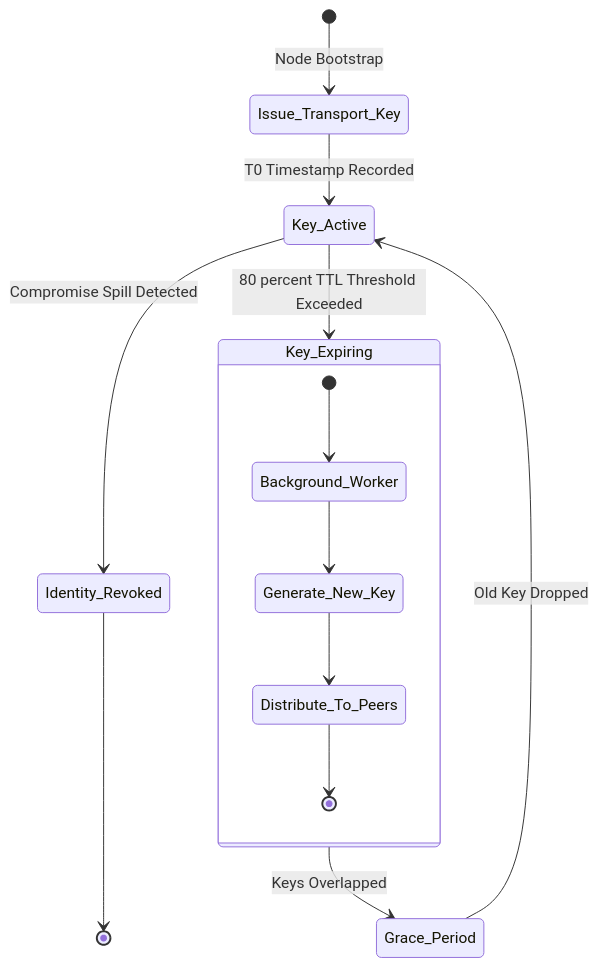
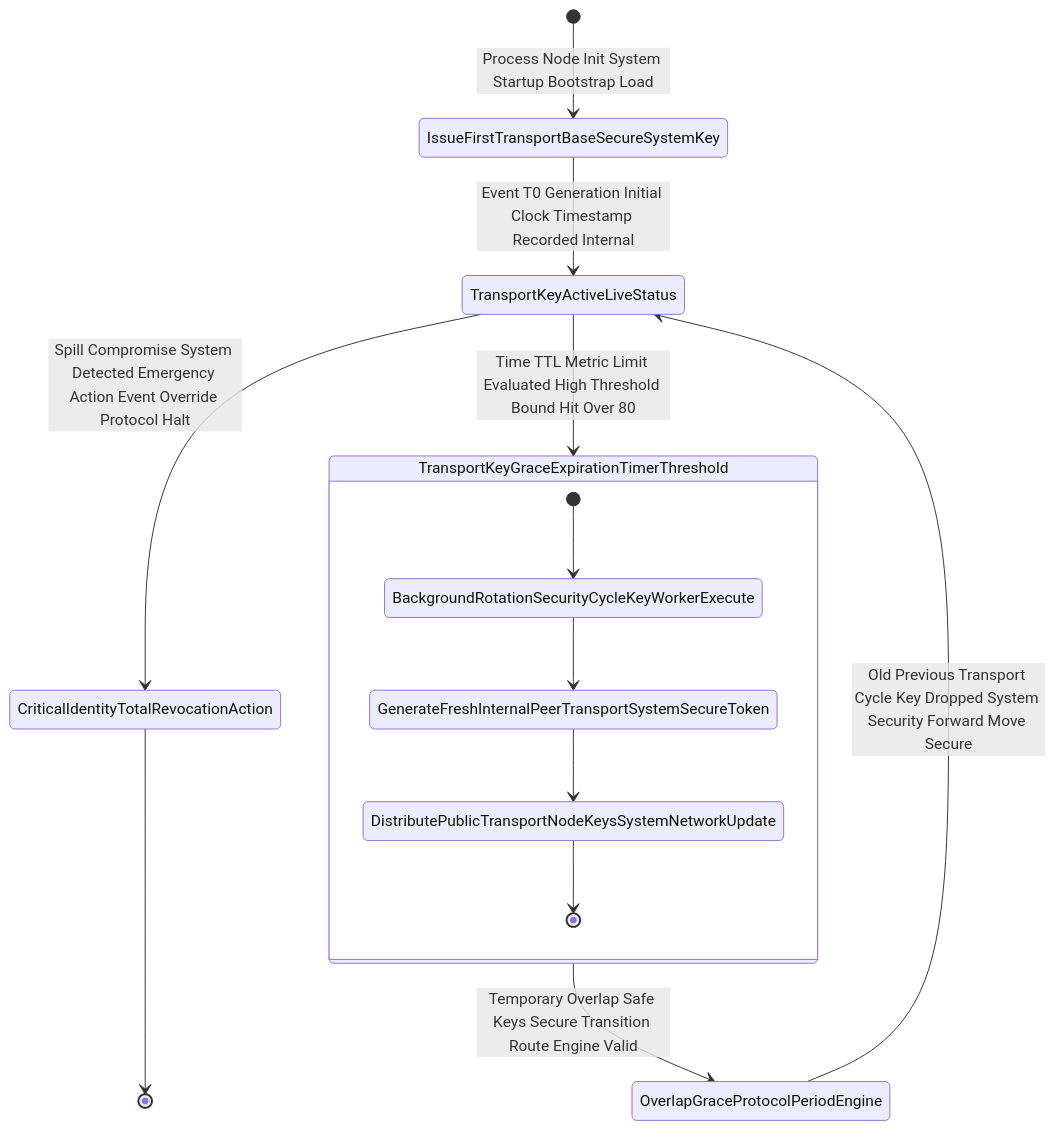
Before and after one commit to MrDecryptDecipher/Agent-Trust: the fourth of 30 diagrams in README.md, drawn with Mermaid. The commit also changed other lines of this file, not shown here.

Commit message:
Ultra-strict diagram rendering using pure alphanumeric sequences and explicit non-cyclic flow structures

````diff
--- a/README.md
+++ b/README.md
@@ -97,18 +74,18 @@
 ```mermaid
 stateDiagram-v2
-    [*] --> Issue_Transport_Key: Node Bootstrap
-    Issue_Transport_Key --> Key_Active: T0 Timestamp Recorded
-    Key_Active --> Key_Expiring: 80 percent TTL Threshold Exceeded
+    [*] --> IssueFirstTransportBaseSecureSystemKey: Process Node Init System Startup Bootstrap Load
+    IssueFirstTransportBaseSecureSystemKey --> TransportKeyActiveLiveStatus: Event T0 Generation Initial Clock Timestamp Recorded Internal
+    TransportKeyActiveLiveStatus --> TransportKeyGraceExpirationTimerThreshold: Time TTL Metric Limit Evaluated High Threshold Bound Hit Over 80
     
-    state Key_Expiring {
-        [*] --> Background_Worker
-        Background_Worker --> Generate_New_Key
-        Generate_New_Key --> Distribute_To_Peers
-        Distribute_To_Peers --> [*]
+    state TransportKeyGraceExpirationTimerThreshold {
+        [*] --> BackgroundRotationSecurityCycleKeyWorkerExecute
+        BackgroundRotationSecurityCycleKeyWorkerExecute --> GenerateFreshInternalPeerTransportSystemSecureToken
+        GenerateFreshInternalPeerTransportSystemSecureToken --> DistributePublicTransportNodeKeysSystemNetworkUpdate
+        DistributePublicTransportNodeKeysSystemNetworkUpdate --> [*]
     }
     
-    Key_Expiring --> Grace_Period: Keys Overlapped
-    Grace_Period --> Key_Active: Old Key Dropped
-    Key_Active --> Identity_Revoked: Compromise Spill Detected
-    Identity_Revoked --> [*]
+    TransportKeyGraceExpirationTimerThreshold --> OverlapGraceProtocolPeriodEngine: Temporary Overlap Safe Keys Secure Transition Route Engine Valid
+    OverlapGraceProtocolPeriodEngine --> TransportKeyActiveLiveStatus: Old Previous Transport Cycle Key Dropped System Security Forward Move Secure
+    TransportKeyActiveLiveStatus --> CriticalIdentityTotalRevocationAction: Spill Compromise System Detected Emergency Action Event Override Protocol Halt
+    CriticalIdentityTotalRevocationAction --> [*]
 ```
````
